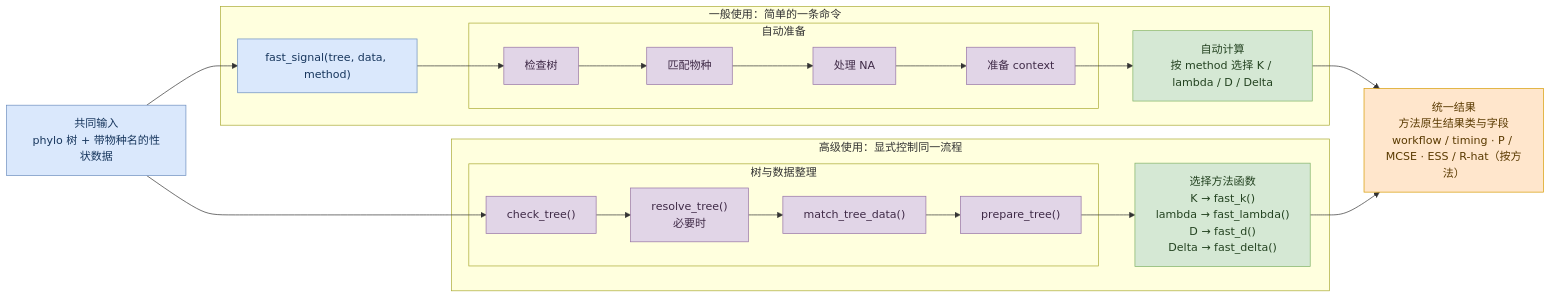
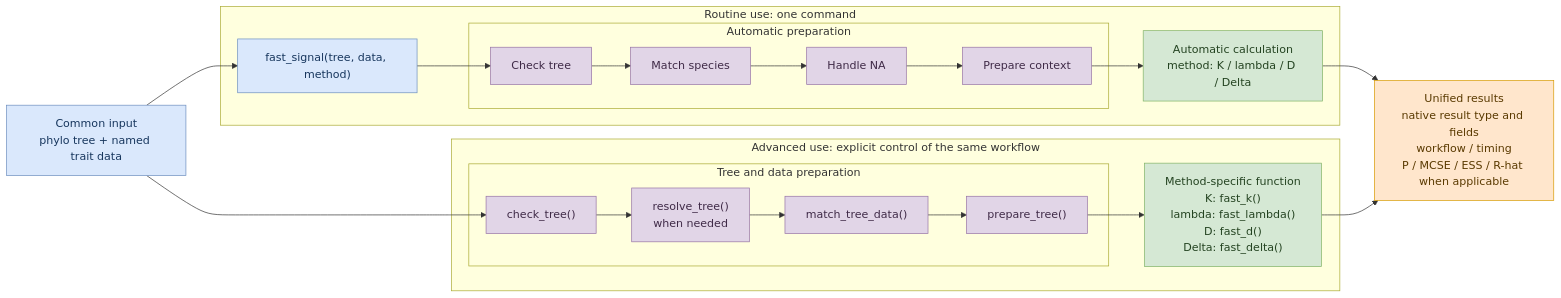
One commit to yinwen-ecology/fastphylosig changed the diagram in docs/technical-roadmap.md. Above: the diagram before and after it, drawn with Mermaid. The commit also changed other lines of this file and 6 other files, not shown here.

Commit message:
Add bilingual technical roadmaps

````diff
--- a/docs/technical-roadmap.md
+++ b/docs/technical-roadmap.md
@@ -8,38 +11,38 @@
 ```mermaid
 flowchart LR
-    I["共同输入<br/>phylo 树 + 带物种名的性状数据"]
+    I["Common input<br/>phylo tree + named trait data"]
 
-    subgraph GENERAL["一般使用：简单的一条命令"]
+    subgraph GENERAL["Routine use: one command"]
         G1["fast_signal(tree, data, method)"]
-        subgraph AUTO["自动准备"]
-            G21["检查树"] --> G22["匹配物种"] --> G23["处理 NA"] --> G24["准备 context"]
+        subgraph AUTO["Automatic preparation"]
+            G21["Check tree"] --> G22["Match species"] --> G23["Handle NA"] --> G24["Prepare context"]
         end
-        G3["自动计算<br/>按 method 选择 K / lambda / D / Delta"]
+        G3["Automatic calculation<br/>method: K / lambda / D / Delta"]
         G1 --> G21
         G24 --> G3
     end
 
-    subgraph ADVANCED["高级使用：显式控制同一流程"]
-        subgraph PREP["树与数据整理"]
-            A21["check_tree()"] --> A22["resolve_tree()<br/>必要时"] --> A23["match_tree_data()"] --> A24["prepare_tree()"]
+    subgraph ADVANCED["Advanced use: explicit control of the same workflow"]
+        subgraph PREP["Tree and data preparation"]
+            A21["check_tree()"] --> A22["resolve_tree()<br/>when needed"] --> A23["match_tree_data()"] --> A24["prepare_tree()"]
         end
-        A3["选择方法函数<br/>K → fast_k()<br/>lambda → fast_lambda()<br/>D → fast_d()<br/>Delta → fast_delta()"]
+        A3["Method-specific function<br/>K: fast_k()<br/>lambda: fast_lambda()<br/>D: fast_d()<br/>Delta: fast_delta()"]
         A24 --> A3
     end
 
-    O["统一结果<br/>方法原生结果类与字段<br/>workflow / timing · P / MCSE · ESS / R-hat（按方法）"]
+    O["Unified results<br/>native result type and fields<br/>workflow / timing<br/>P / MCSE / ESS / R-hat when applicable"]
 
     I --> G1
     I --> A21
     G3 --> O
     A3 --> O
 
     classDef api fill:#dae8fc,stroke:#6c8ebf,color:#17365d
     classDef prep fill:#e1d5e7,stroke:#9673a6,color:#3f2a47
     classDef method fill:#d5e8d4,stroke:#82b366,color:#244321
     classDef output fill:#ffe6cc,stroke:#d79b00,color:#5a3a00
     class I,G1 api
     class G21,G22,G23,G24,A21,A22,A23,A24 prep
     class G3,A3 method
     class O output
 ```
````
